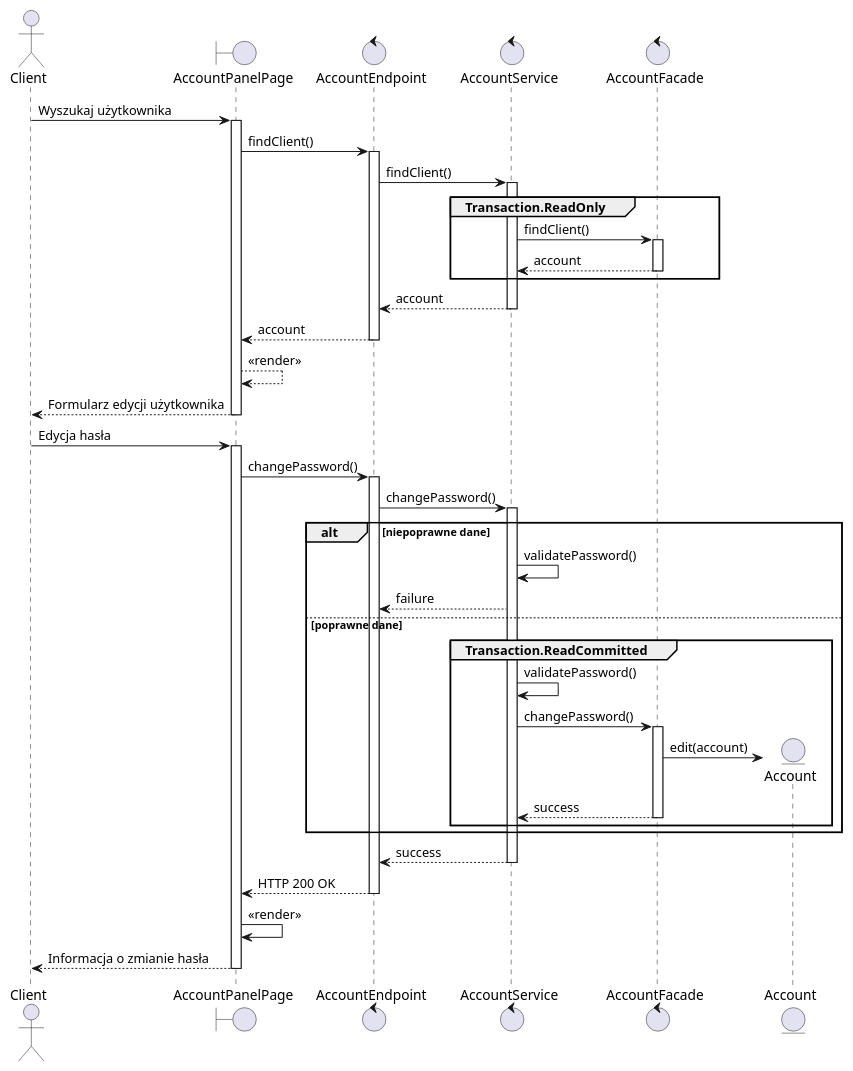
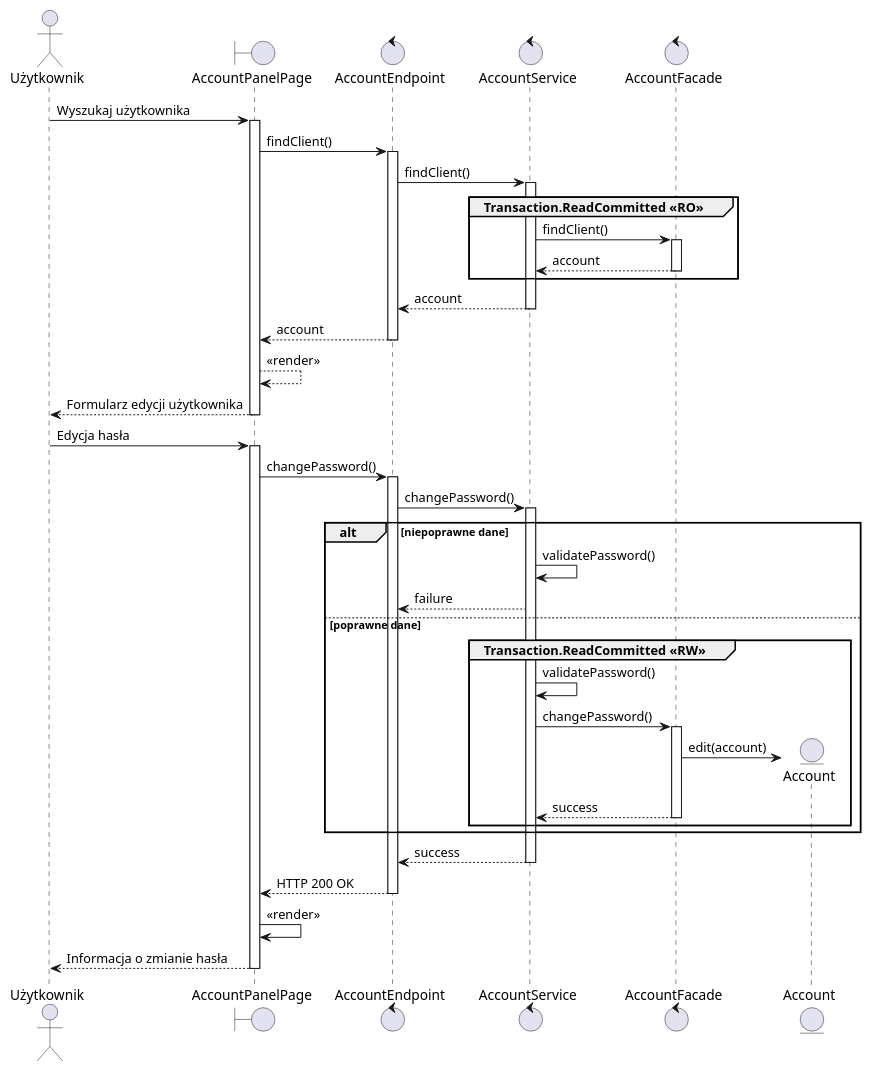
One commit to TheVivent-Politechnika-Lodzka/ssbd03_kic_uml changed the diagram in src/rozdział 7/mok7.puml. Above: the diagram before and after it, drawn with PlantUML. The commit also changed 1 other file, not shown here.

```diff
--- a/src/rozdział 7/mok7.puml
+++ b/src/rozdział 7/mok7.puml
@@ -1,47 +1,47 @@
-@startuml MOK.7
+@startuml MOK.7 Zmiana własnego hasła
 
-actor Client as client
+actor Użytkownik as client
 boundary AccountPanelPage as gui
 control AccountEndpoint as controller
 control AccountService as service
 control AccountFacade as facade
 entity Account as account
 
 client -> gui ++ : Wyszukaj użytkownika
 gui -> controller ++ :  findClient()
 controller -> service ++ : findClient()
-group Transaction.ReadOnly
+group Transaction.ReadCommitted <<RO>>
     service -> facade ++ : findClient()
     return account
 end
 return account
 return account
 gui --> gui : <<render>>
 return Formularz edycji użytkownika
 
 client -> gui ++ : Edycja hasła
 gui -> controller ++ : changePassword()
 controller -> service ++ : changePassword() 
 ' group Transaction. ?????
 ' service -> service : validatePassword()
 ' znajdz konto
 
 alt niepoprawne dane
     service -> service : validatePassword()
     service --> controller : failure
 else poprawne dane
-    group Transaction.ReadCommitted
+    group Transaction.ReadCommitted <<RW>>
         service -> service : validatePassword()
         service -> facade ++ : changePassword()
         facade -> account ** : edit(account)
     return success
     end
 end
 
 return success
 return HTTP 200 OK
 gui -> gui : <<render>>
 return Informacja o zmianie hasła
 
 
 @enduml
```
